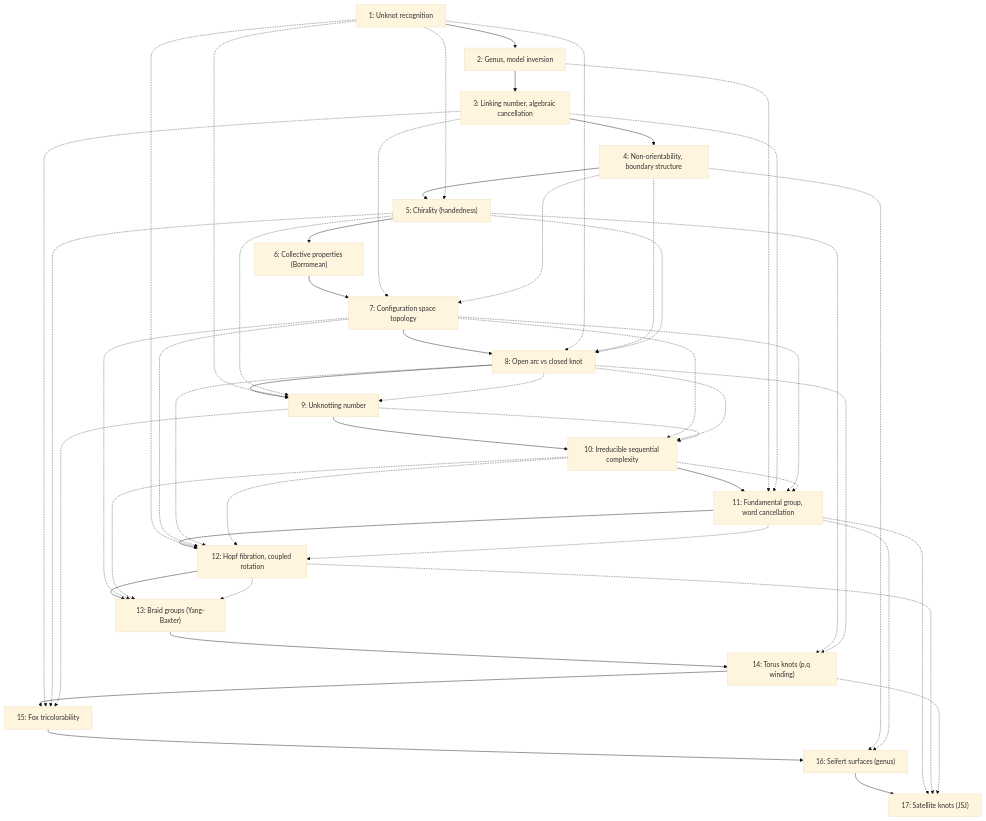
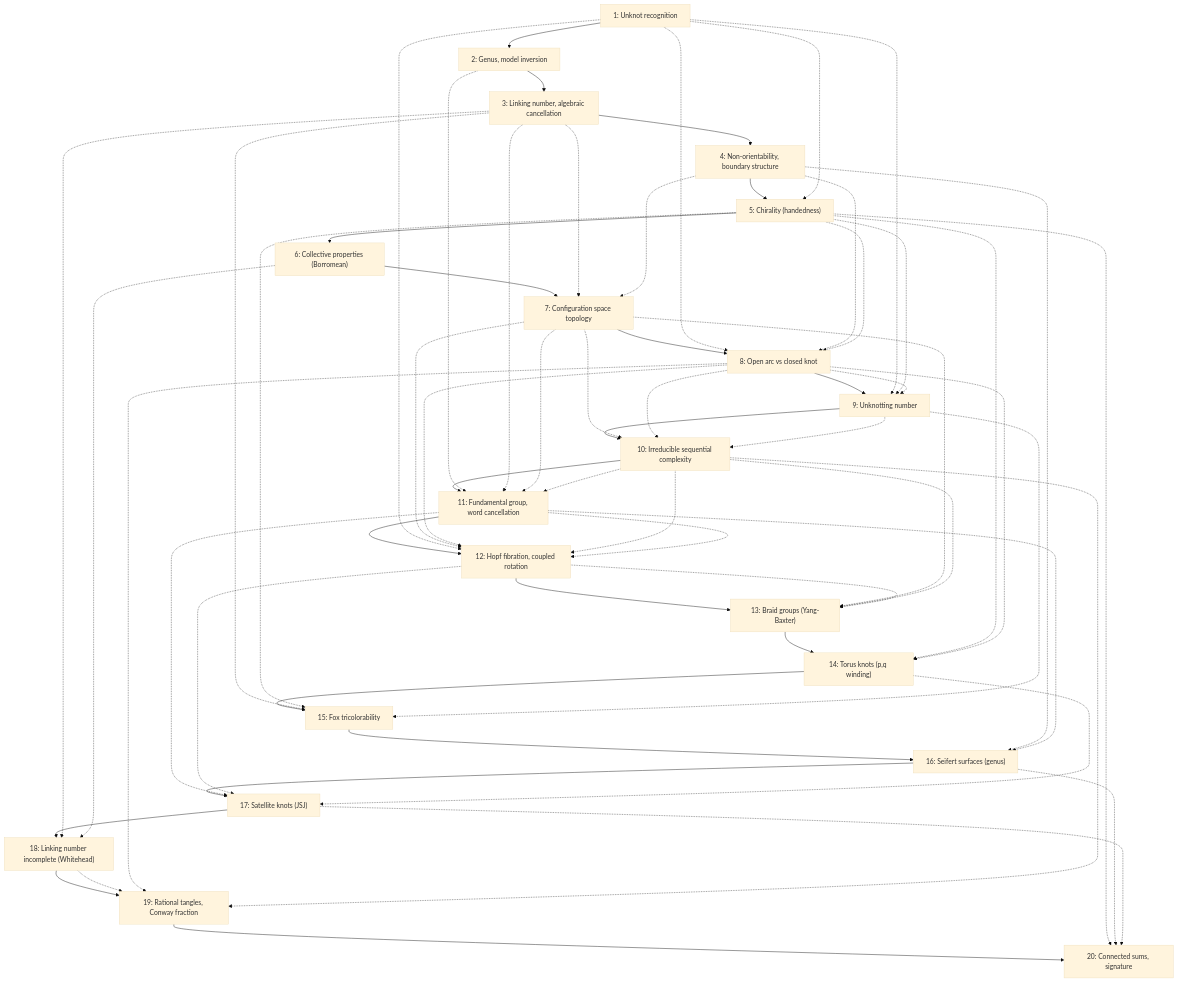
Before and after one commit to sonoransun/knotgames: the diagram in theory/pedagogical-arc.md, drawn with Mermaid (base theme). The commit also changed other lines of this file and 205 other files, not shown here.

````diff
--- a/theory/pedagogical-arc.md
+++ b/theory/pedagogical-arc.md
@@ -537,57 +613,68 @@
 ```mermaid
 flowchart TD
     P1["1: Unknot recognition"]
     P2["2: Genus, model inversion"]
     P3["3: Linking number, algebraic cancellation"]
     P4["4: Non-orientability, boundary structure"]
     P5["5: Chirality (handedness)"]
     P6["6: Collective properties (Borromean)"]
     P7["7: Configuration space topology"]
     P8["8: Open arc vs closed knot"]
     P9["9: Unknotting number"]
     P10["10: Irreducible sequential complexity"]
     P11["11: Fundamental group, word cancellation"]
     P12["12: Hopf fibration, coupled rotation"]
     P13["13: Braid groups (Yang-Baxter)"]
     P14["14: Torus knots (p,q winding)"]
     P15["15: Fox tricolorability"]
     P16["16: Seifert surfaces (genus)"]
     P17["17: Satellite knots (JSJ)"]
+    P18["18: Linking number incomplete (Whitehead)"]
+    P19["19: Rational tangles, Conway fraction"]
+    P20["20: Connected sums, signature"]
 
-    P1 --> P2 --> P3 --> P4 --> P5 --> P6 --> P7 --> P8 --> P9 --> P10 --> P11 --> P12 --> P13 --> P14 --> P15 --> P16 --> P17
+    P1 --> P2 --> P3 --> P4 --> P5 --> P6 --> P7 --> P8 --> P9 --> P10 --> P11 --> P12 --> P13 --> P14 --> P15 --> P16 --> P17 --> P18 --> P19 --> P20
 
     P1 -.-> P5
     P3 -.-> P7
     P4 -.-> P7
     P1 -.-> P8
     P4 -.-> P8
     P5 -.-> P8
     P1 -.-> P9
     P5 -.-> P9
     P8 -.-> P9
     P7 -.-> P10
     P8 -.-> P10
     P9 -.-> P10
     P2 -.-> P11
     P3 -.-> P11
     P7 -.-> P11
     P10 -.-> P11
     P1 -.-> P12
     P7 -.-> P12
     P8 -.-> P12
     P10 -.-> P12
     P11 -.-> P12
     P7 -.-> P13
     P10 -.-> P13
     P12 -.-> P13
     P5 -.-> P14
     P8 -.-> P14
     P3 -.-> P15
     P5 -.-> P15
     P9 -.-> P15
     P4 -.-> P16
     P11 -.-> P16
     P11 -.-> P17
     P12 -.-> P17
     P14 -.-> P17
+    P3 -.-> P18
+    P6 -.-> P18
+    P18 -.-> P19
+    P8 -.-> P19
+    P10 -.-> P19
+    P5 -.-> P20
+    P16 -.-> P20
+    P17 -.-> P20
 ```
````
